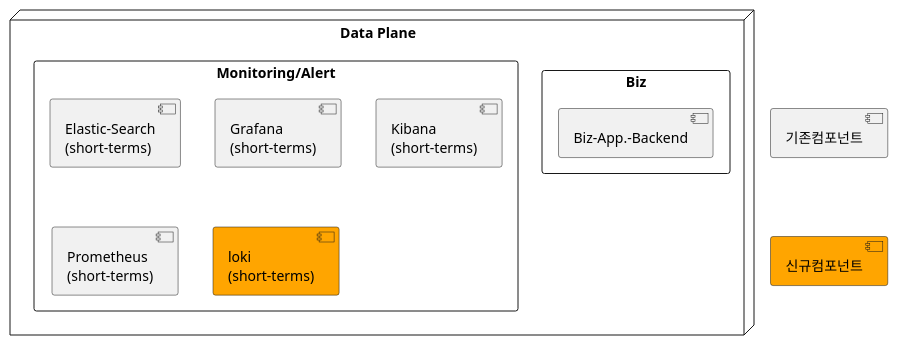
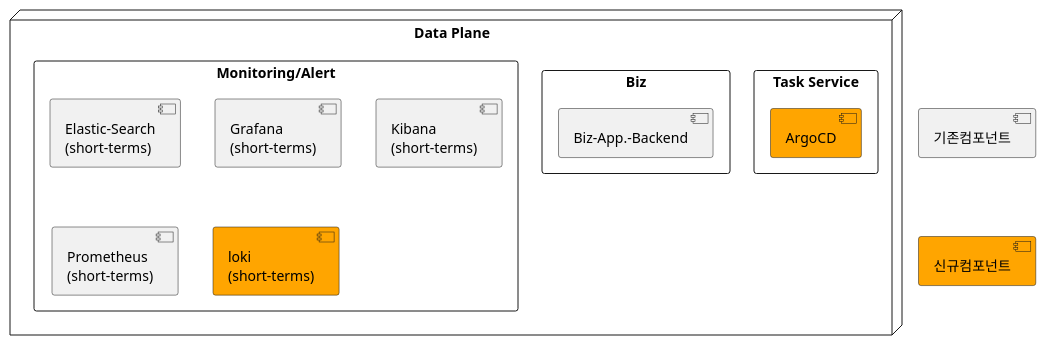
Before and after one commit to kloudbank/htdp1.github.io: the third of 8 diagrams in docs/src/multi-cloud/diagram.md, drawn with PlantUML. The commit also changed other lines of this file, not shown here.

```diff
--- a/docs/src/multi-cloud/diagram.md
+++ b/docs/src/multi-cloud/diagram.md
@@ -73,19 +72,22 @@
 @startuml
 
 [기존컴포넌트] as old
 [신규컴포넌트] as new #orange
 old -[hidden]d-> new
 
-node "Data Plane" as dcp {
-    rectangle "Biz" as bdp_bz {
+node "Data Plane" as bdp {
+    rectangle "Task Service" as bdp_task {
+        [ArgoCD] as bdp_argocd #orange
+    }
+    rectangle "Biz" as bdp_biz {
         [Biz-App.-Backend] as bdp_bizapp
     }
     rectangle "Monitoring/Alert" as bdp_mon {
         [Elastic-Search\n(short-terms)] as bdp_mon_elk
         [Grafana\n(short-terms)] as bdp_mon_grafana
         [Kibana\n(short-terms)] as bdp_mon_kibana
         [Prometheus\n(short-terms)] as bdp_mon_prometheus
         [loki\n(short-terms)] as dbp_mon_loki #orange
     }
 }
 @enduml
```
